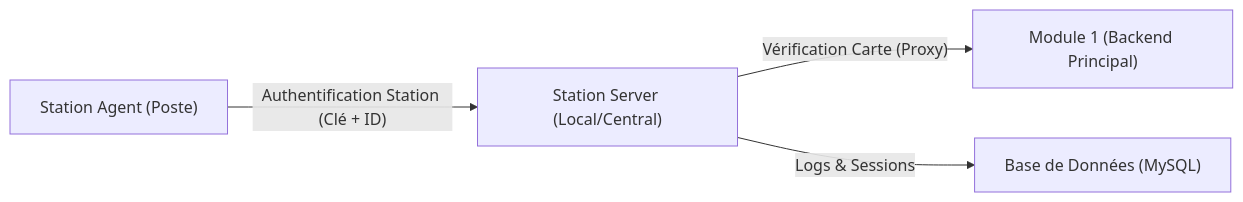
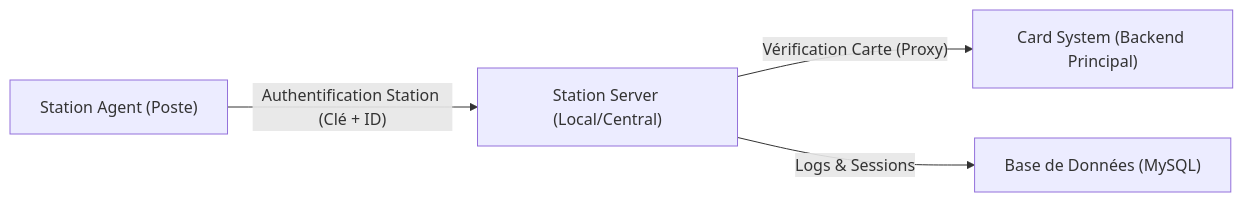
The diagram in docs/DOCUMENTATION.md (abderrahimelouali/YOOL_Station_Agent), drawn with Mermaid before and after one commit. The commit also changed other lines of this file, not shown here.

Commit message:
Rename Module 1 references to Card System across all documentation and configuration

````diff
--- a/docs/DOCUMENTATION.md
+++ b/docs/DOCUMENTATION.md
@@ -11,6 +11,6 @@
 ```mermaid
 graph LR
     A["Station Agent (Poste)"] -->|"Authentification Station (Clé + ID)"| B["Station Server (Local/Central)"]
-    B -->|"Vérification Carte (Proxy)"| C["Module 1 (Backend Principal)"]
+    B -->|"Vérification Carte (Proxy)"| C["Card System (Backend Principal)"]
     B -->|"Logs & Sessions"| D["Base de Données (MySQL)"]
 ```
````
